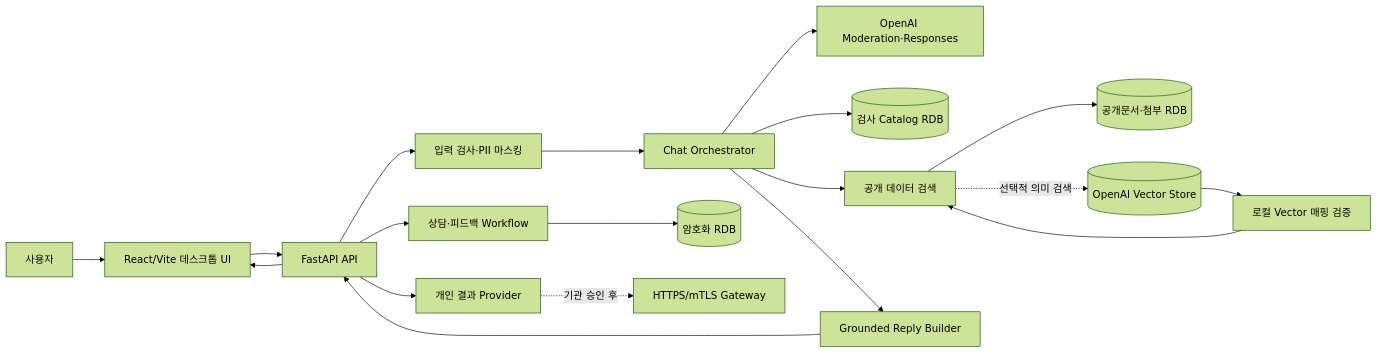
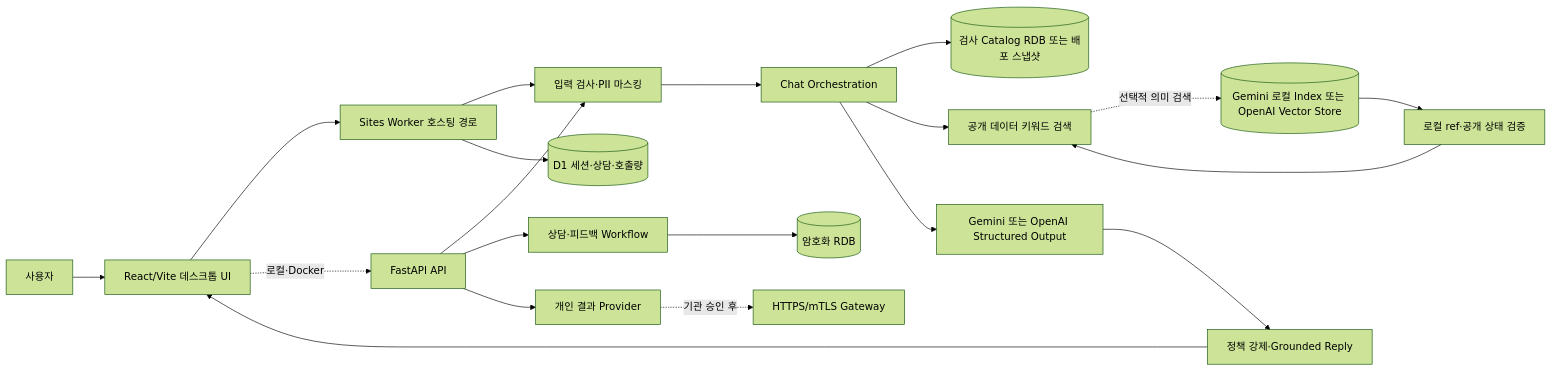
One commit to choichanwoo001/scl_chatbot changed the diagram in docs/architecture.md. Above: the diagram before and after it, drawn with Mermaid (forest theme). The commit also changed other lines of this file and 60 other files, not shown here.

Commit message:
feat: Gemini 기반 챗봇 검색과 Sites 배포 경로 추가

````diff
--- a/docs/architecture.md
+++ b/docs/architecture.md
@@ -13,21 +13,22 @@
 ```mermaid
 flowchart LR
     U[사용자] --> F[React/Vite 데스크톱 UI]
-    F --> A[FastAPI API]
-    A --> G[입력 검사·PII 마스킹]
-    G --> O[Chat Orchestrator]
-    O --> M[OpenAI Moderation·Responses]
-    O --> C[(검사 Catalog RDB)]
-    O --> P[공개 데이터 검색]
-    P --> R[(공개문서·첨부 RDB)]
-    P -. 선택적 의미 검색 .-> V[(OpenAI Vector Store)]
-    V --> T[로컬 Vector 매핑 검증]
+    F --> S[Sites Worker 호스팅 경로]
+    F -. 로컬·Docker .-> A[FastAPI API]
+    S --> G[입력 검사·PII 마스킹]
+    A --> G
+    G --> O[Chat Orchestration]
+    O --> C[(검사 Catalog RDB 또는 배포 스냅샷)]
+    O --> P[공개 데이터 키워드 검색]
+    P -. 선택적 의미 검색 .-> V[(Gemini 로컬 Index 또는 OpenAI Vector Store)]
+    V --> T[로컬 ref·공개 상태 검증]
     T --> P
-    O --> B[Grounded Reply Builder]
-    B --> A
-    A --> F
+    O --> M[Gemini 또는 OpenAI Structured Output]
+    M --> B[정책 강제·Grounded Reply]
+    B --> F
+    S --> D[(D1 세션·상담·호출량)]
     A --> W[상담·피드백 Workflow]
     W --> E[(암호화 RDB)]
     A --> X[개인 결과 Provider]
     X -. 기관 승인 후 .-> H[HTTPS/mTLS Gateway]
 ```
````
